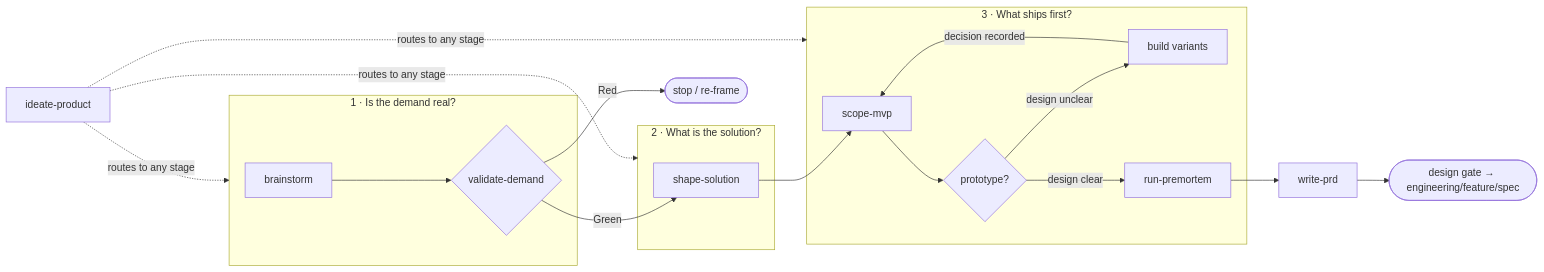
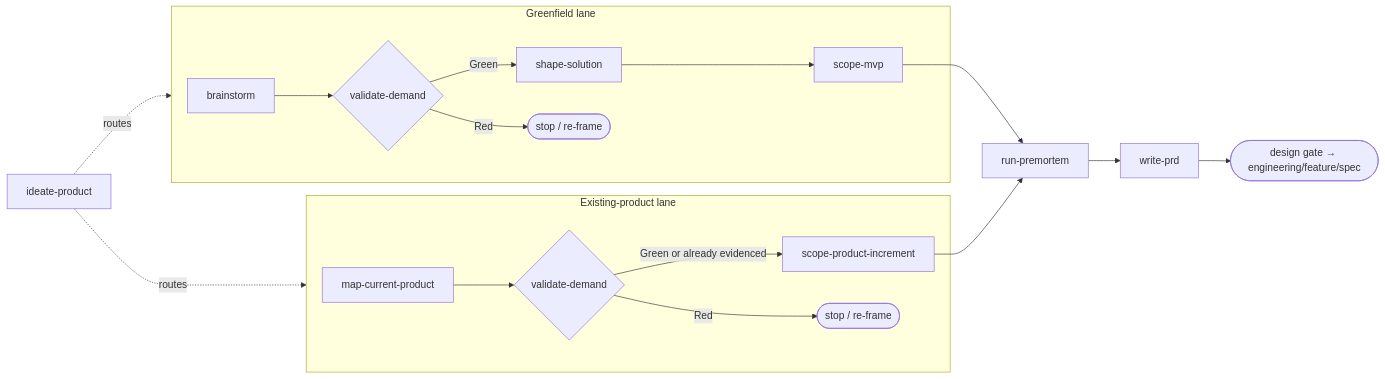
One commit to XinheLIU/agent-coding-skills changed the diagram in system/skills-src/product/README.md. Above: the diagram before and after it, drawn with Mermaid. The commit also changed other lines of this file and 75 other files, not shown here.

Commit message:
Add existing-product lane and design routing

````diff
--- a/system/skills-src/product/README.md
+++ b/system/skills-src/product/README.md
@@ -14,19 +14,17 @@
 ```mermaid
 flowchart LR
-    subgraph Q1["1 · Is the demand real?"]
+    subgraph GF["Greenfield lane"]
         BR[brainstorm] --> VD{validate-demand}
+        VD -->|Green| DS[shape-solution] --> SM[scope-mvp]
+        VD -->|Red| STOP([stop / re-frame])
     end
-    subgraph Q2["2 · What is the solution?"]
-        DS[shape-solution]
+    subgraph EP["Existing-product lane"]
+        MCP[map-current-product] --> VDI{validate-demand}
+        VDI -->|Green or already evidenced| SPI[scope-product-increment]
+        VDI -->|Red| STOP2([stop / re-frame])
     end
-    subgraph Q3["3 · What ships first?"]
-        SM[scope-mvp] --> PT{prototype?}
-        PT -->|design unclear| PROTO[build variants]
-        PROTO -->|decision recorded| SM
-        PT -->|design clear| PM[run-premortem]
-    end
-    VD -->|Green| DS --> SM
-    VD -->|Red| STOP([stop / re-frame])
+    SM --> PM[run-premortem]
+    SPI --> PM
     PM --> PRD[write-prd] --> ENG(["design gate → engineering/feature/spec"])
-    IP[ideate-product] -.->|routes to any stage| Q1 & Q2 & Q3
+    IP[ideate-product] -.->|routes| GF & EP
 ```
````
